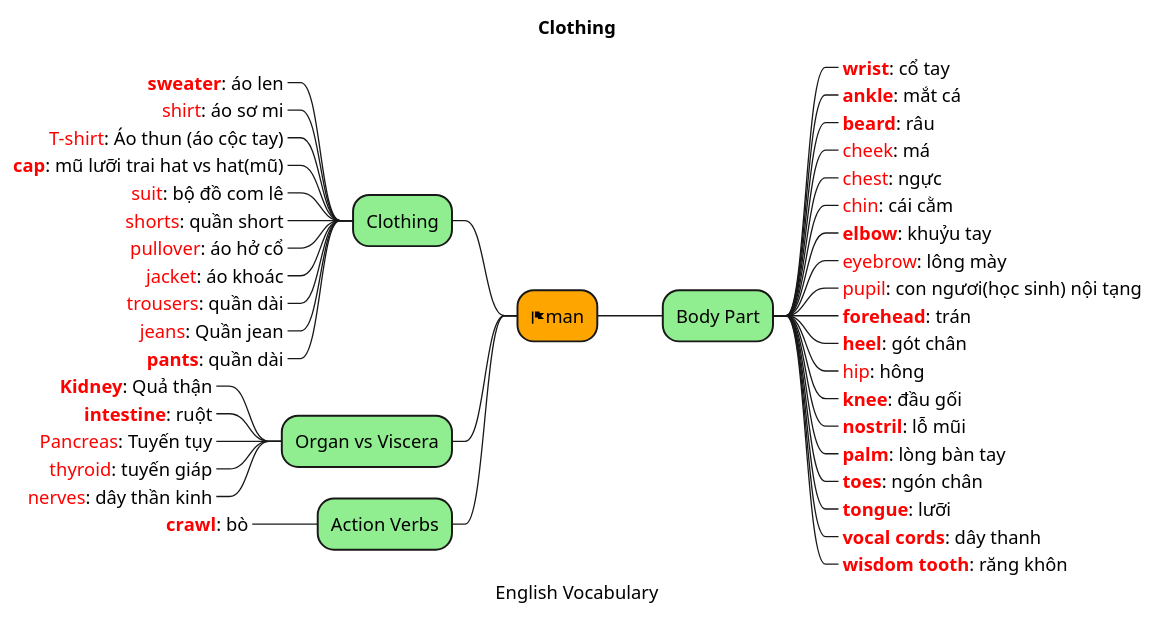
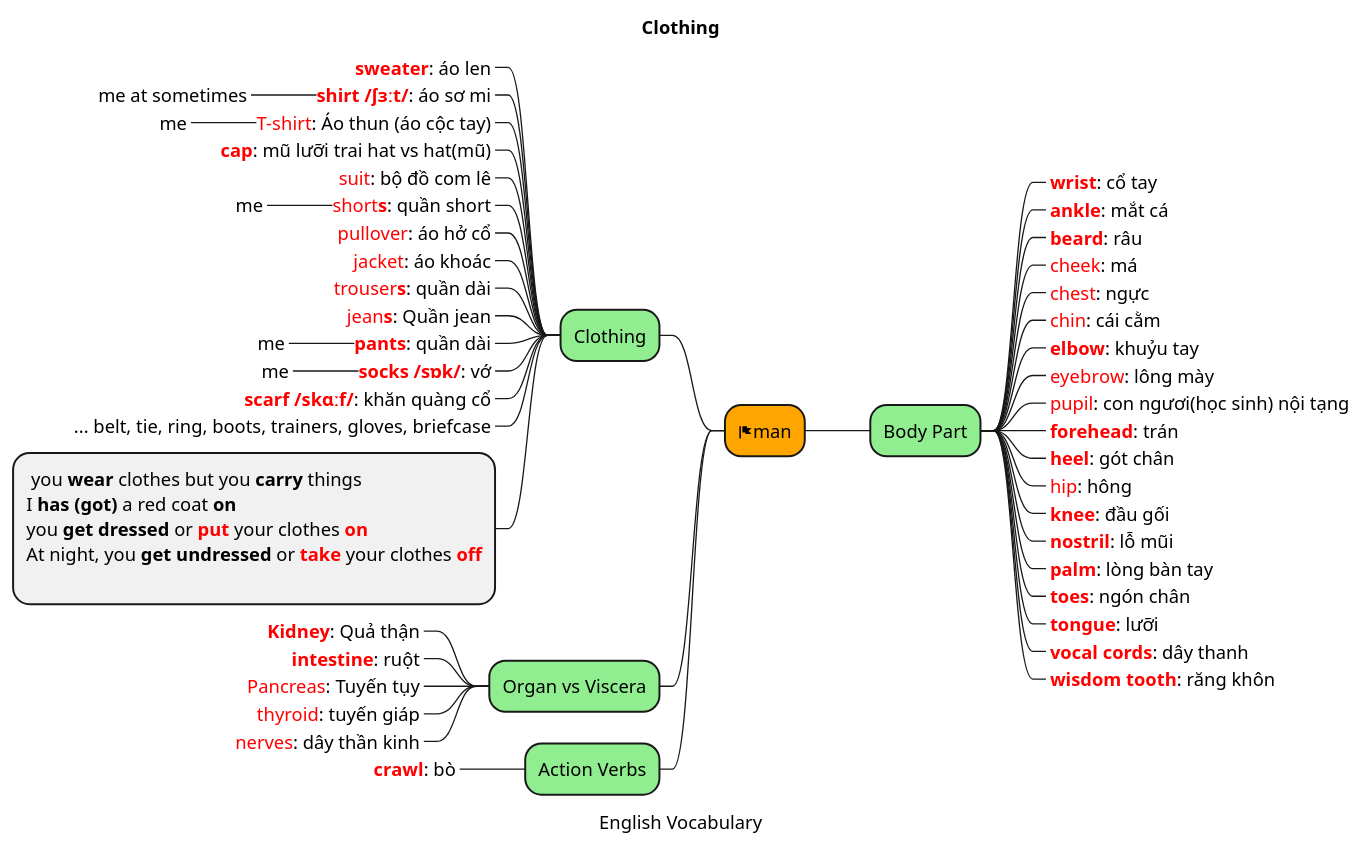
One commit to thanhnv2210/MyPlantuml changed the diagram in src/English/FirstPhrase01/05_Clothing.puml. Above: the diagram before and after it, drawn with PlantUML. The commit also changed 17 other files, not shown here.

```diff
--- a/src/English/FirstPhrase01/05_Clothing.puml
+++ b/src/English/FirstPhrase01/05_Clothing.puml
@@ -1,66 +1,79 @@
 @startmindmap
 caption English Vocabulary
 title Clothing
 
 *[#Orange] <&flag>man
 left side
 **[#lightgreen] Clothing
 ***_ <color:red><b>sweater</color>: áo len
-***_ <color:red>shirt</color>: áo sơ mi
+***_ <color:red><b>shirt /ʃɜːt/</color>: áo sơ mi
+****_ me at sometimes
 ***_ <color:red>T-shirt</color>: Áo thun (áo cộc tay)
+****_ me
 ***_ <color:red><b>cap</color>: mũ lưỡi trai hat vs hat(mũ)
 ***_ <color:red>suit</color>: bộ đồ com lê
-***_ <color:red>shorts</color>: quần short
+***_ <color:red>short<b>s</color>: quần short
+****_ me
 ***_ <color:red>pullover</color>: áo hở cổ
 ***_ <color:red>jacket</color>: áo khoác
-***_ <color:red>trousers</color>: quần dài
-***_ <color:red>jeans</color>: Quần jean
+***_ <color:red>trouser<b>s</color>: quần dài
+***_ <color:red>jean<b>s</color>: Quần jean
 ***_ <color:red><b>pants</color>: quần dài
+****_ me
+***_ <color:red><b>socks /sɒk/</color>: vớ
+****_ me
+***_ <color:red><b>scarf /skɑːf/</color>: khăn quàng cổ
+***_ ... belt, tie, ring, boots, trainers, gloves, briefcase
+***: you <b>wear</b> clothes but you <b>carry</b> things
+I <b>has (got)</b> a red coat <b>on
+you <b>get dressed</b> or <b><color:red>put</b> your clothes <b><color:red>on
+At night, you <b>get undressed</b> or <b><color:red>take</b> your clothes <b><color:red>off
+;
 
 right side
 **[#lightgreen] Body Part
 ***_ <color:red><b>wrist</color>: cổ tay
 '***_ <color:red>Abdomen</color>: bụng ~ stomach
 '***_ <color:red>abs</color>: cơ bụng
 ***_ <color:red><b>ankle</color>: mắt cá
 '***_ <color:red>armpit</color>: nách
 ***_ <color:red><b>beard</color>: râu
 ***_ <color:red>cheek</color>: má
 ***_ <color:red>chest</color>: ngực
 ***_ <color:red>chin</color>: cái cằm
 ***_ <color:red><b>elbow</color>: khuỷu tay
 ***_ <color:red>eyebrow</color>: lông mày
 ***_ <color:red>pupil</color>: con ngươi(học sinh) nội tạng
 '***_ <color:red>fist</color>: nắm tay
 ***_ <color:red><b>forehead</color>: trán
 '***_ <color:red>goatee</color>: râu dê
 '***_ <color:red>hamstrings</color>: gân kheo
 ***_ <color:red><b>heel</color>: gót chân
 ***_ <color:red>hip</color>: hông
 '***_ <color:red><b>jaw</color>: hàm
 ***_ <color:red><b>knee</color>: đầu gối
 ***_ <color:red><b>nostril</color>: lỗ mũi
 ***_ <color:red><b>palm</color>: lòng bàn tay
 '***_ <color:red><b>pinky</color>: ngón út
 '***_ <color:red><b>waist</color>: thắt lưng
 ***_ <color:red><b>toes</color>: ngón chân
 ***_ <color:red><b>tongue</color>: lưỡi
 '***_ <color:red><b>Uvula</color>: lưỡi gà
 ***_ <color:red><b>vocal cords</color>: dây thanh
 ***_ <color:red><b>wisdom tooth</color>: răng khôn
 'arm, back, ear, eye, face, fingers, foot, hair, hand, head, leg, lip,
 'mouth, muscles, nails, neck, nose, shoulder, skin, throat, tooth, neck
 
 left side
 **[#lightgreen] Organ vs Viscera
 ***_ <color:red><b>Kidney</color>: Quả thận
 ***_ <color:red><b>intestine</color>: ruột
 ***_ <color:red>Pancreas</color>: Tuyến tụy
 ***_ <color:red>thyroid</color>: tuyến giáp
 ***_ <color:red>nerves</color>: dây thần kinh
 'lungs, lives, stomach, heart, brain, ribs
 
 **[#lightgreen] Action Verbs
 ***_ <color:red><b>crawl</color>: bò
 
 @endmindmap
```
